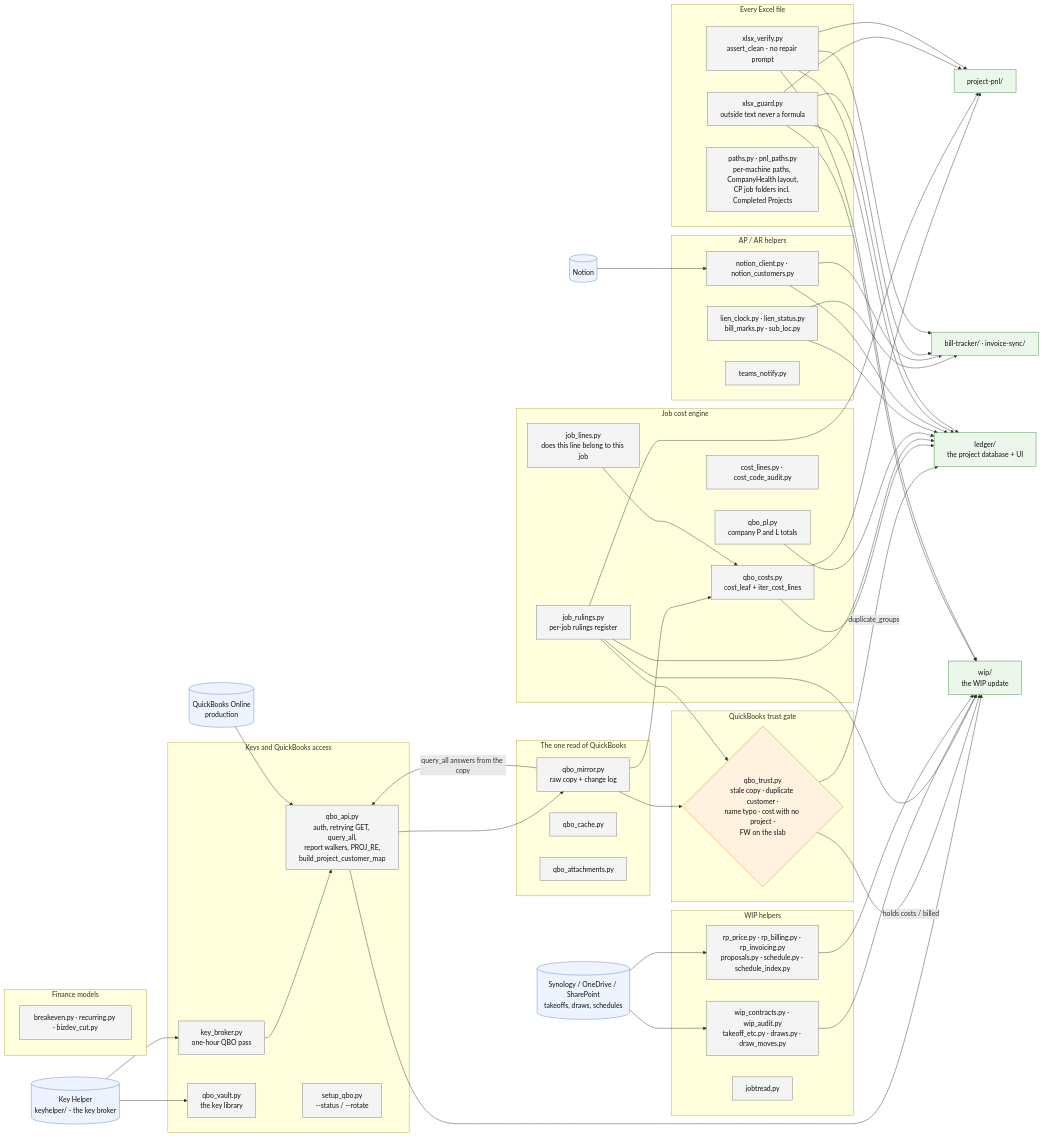
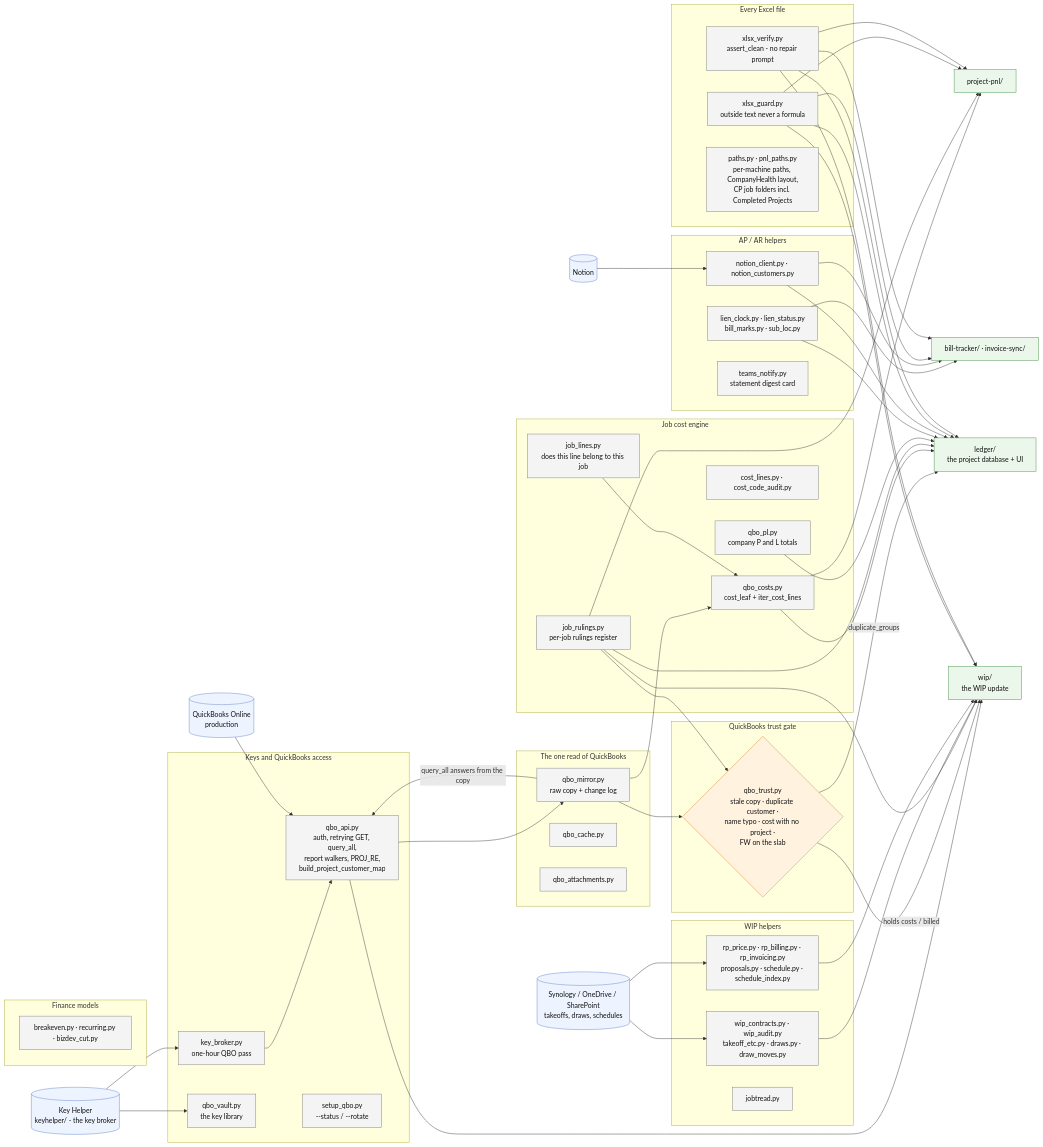
The diagram in shared/FLOW.md (Ecarlo-Proficient/Claude-Report), drawn with Mermaid before and after one commit. The commit also changed other lines of this file and 7 other files, not shown here.

```diff
--- a/shared/FLOW.md
+++ b/shared/FLOW.md
@@ -65,7 +65,7 @@
     subgraph LIEN["AP / AR helpers"]
         LC["lien_clock.py · lien_status.py<br/>bill_marks.py · sub_loc.py"]:::mod
         NC["notion_client.py · notion_customers.py"]:::mod
-        TN["teams_notify.py"]:::mod
+        TN["teams_notify.py<br/>statement digest card"]:::mod
     end
     NOT --> NC
 
```
